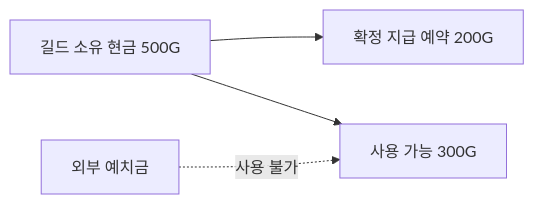
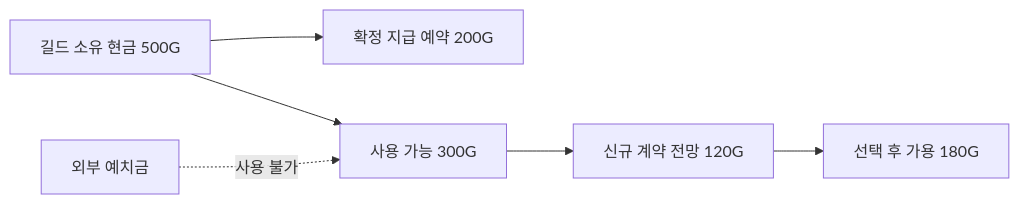
Before and after one commit to applesoda01/Project_F: the diagram in docs/book-v2/src/ch09/spending.md, drawn with Mermaid. The commit also changed other lines of this file and 409 other files, not shown here.

````diff
--- a/docs/book-v2/src/ch09/spending.md
+++ b/docs/book-v2/src/ch09/spending.md
@@ -52,6 +50,8 @@
 ```mermaid
 flowchart LR
  A[길드 소유 현금 500G] --> B[확정 지급 예약 200G]
  A --> C[사용 가능 300G]
+ C --> D[신규 계약 전망 120G]
+ D --> E[선택 후 가용 180G]
  F[외부 예치금] -. 사용 불가 .-> C
 ```
````
